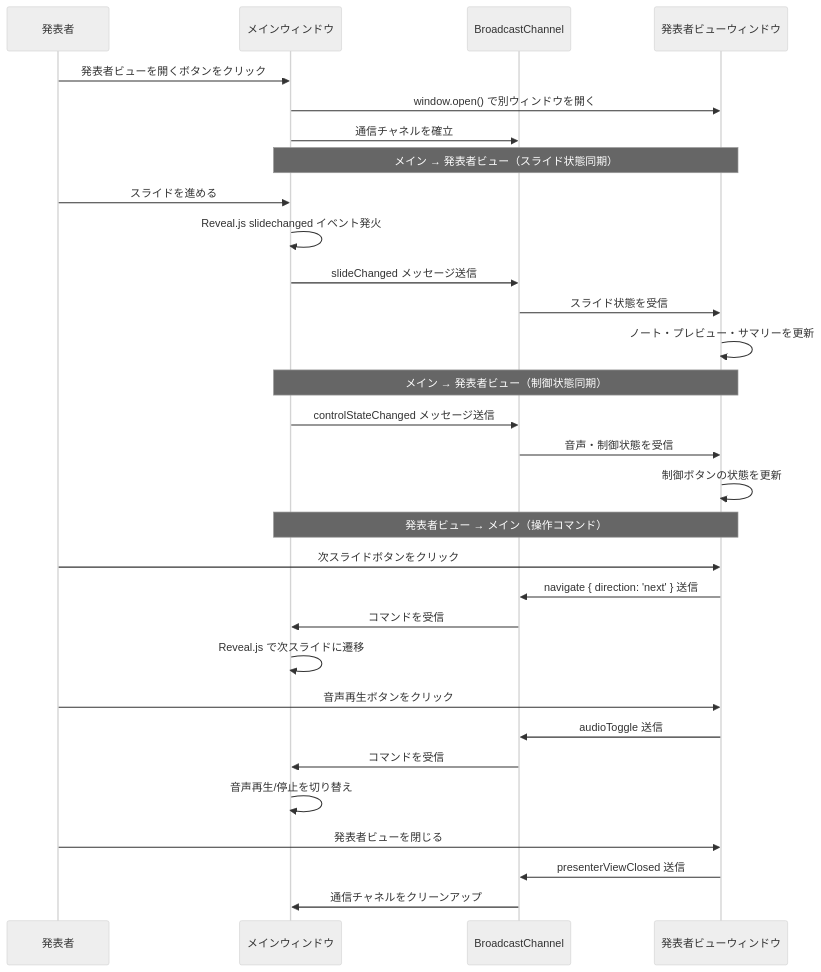
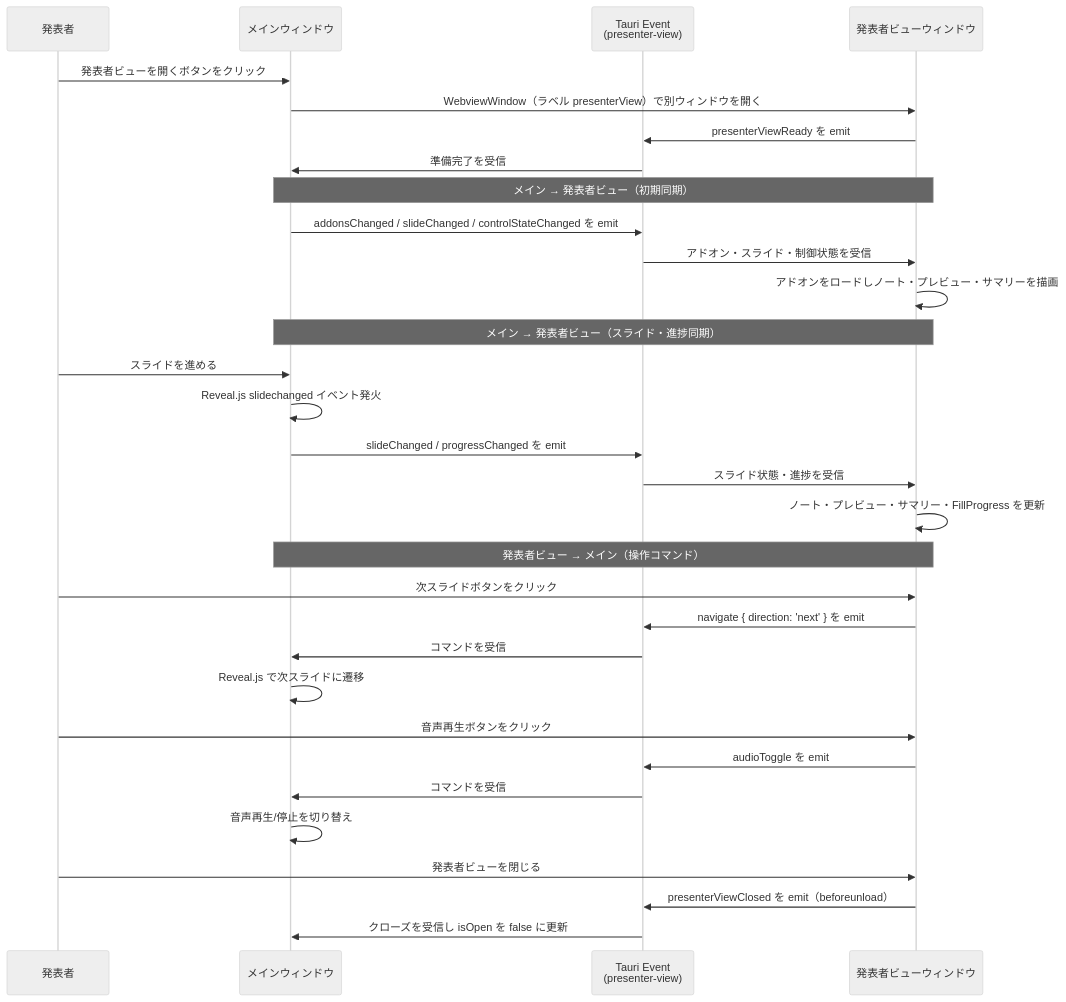
One commit to ToshikiImagawa/slide-presentation-app changed the first of 2 diagrams in .sdd/specification/presenter-view_spec.md. Above: the diagram before and after it, drawn with Mermaid (neutral theme). The commit also changed other lines of this file and 31 other files, not shown here.

````diff
--- a/.sdd/specification/presenter-view_spec.md
+++ b/.sdd/specification/presenter-view_spec.md
@@ -210,38 +247,39 @@
 ```mermaid
 sequenceDiagram
     participant Presenter as 発表者
     participant Main as メインウィンドウ
-    participant Channel as BroadcastChannel
+    participant Event as Tauri Event<br/>(presenter-view)
     participant PView as 発表者ビューウィンドウ
 
     Presenter->>Main: 発表者ビューを開くボタンをクリック
-    Main->>PView: window.open() で別ウィンドウを開く
-    Main->>Channel: 通信チャネルを確立
+    Main->>PView: WebviewWindow（ラベル presenterView）で別ウィンドウを開く
+    PView->>Event: presenterViewReady を emit
+    Event->>Main: 準備完了を受信
 
-    Note over Main,PView: メイン → 発表者ビュー（スライド状態同期）
+    Note over Main,PView: メイン → 発表者ビュー（初期同期）
+    Main->>Event: addonsChanged / slideChanged / controlStateChanged を emit
+    Event->>PView: アドオン・スライド・制御状態を受信
+    PView->>PView: アドオンをロードしノート・プレビュー・サマリーを描画
+
+    Note over Main,PView: メイン → 発表者ビュー（スライド・進捗同期）
     Presenter->>Main: スライドを進める
     Main->>Main: Reveal.js slidechanged イベント発火
-    Main->>Channel: slideChanged メッセージ送信
-    Channel->>PView: スライド状態を受信
-    PView->>PView: ノート・プレビュー・サマリーを更新
-
-    Note over Main,PView: メイン → 発表者ビュー（制御状態同期）
-    Main->>Channel: controlStateChanged メッセージ送信
-    Channel->>PView: 音声・制御状態を受信
-    PView->>PView: 制御ボタンの状態を更新
+    Main->>Event: slideChanged / progressChanged を emit
+    Event->>PView: スライド状態・進捗を受信
+    PView->>PView: ノート・プレビュー・サマリー・FillProgress を更新
 
     Note over Main,PView: 発表者ビュー → メイン（操作コマンド）
     Presenter->>PView: 次スライドボタンをクリック
-    PView->>Channel: navigate { direction: 'next' } 送信
-    Channel->>Main: コマンドを受信
+    PView->>Event: navigate { direction: 'next' } を emit
+    Event->>Main: コマンドを受信
     Main->>Main: Reveal.js で次スライドに遷移
 
     Presenter->>PView: 音声再生ボタンをクリック
-    PView->>Channel: audioToggle 送信
-    Channel->>Main: コマンドを受信
+    PView->>Event: audioToggle を emit
+    Event->>Main: コマンドを受信
     Main->>Main: 音声再生/停止を切り替え
 
     Presenter->>PView: 発表者ビューを閉じる
-    PView->>Channel: presenterViewClosed 送信
-    Channel->>Main: 通信チャネルをクリーンアップ
+    PView->>Event: presenterViewClosed を emit（beforeunload）
+    Event->>Main: クローズを受信し isOpen を false に更新
 ```
````
